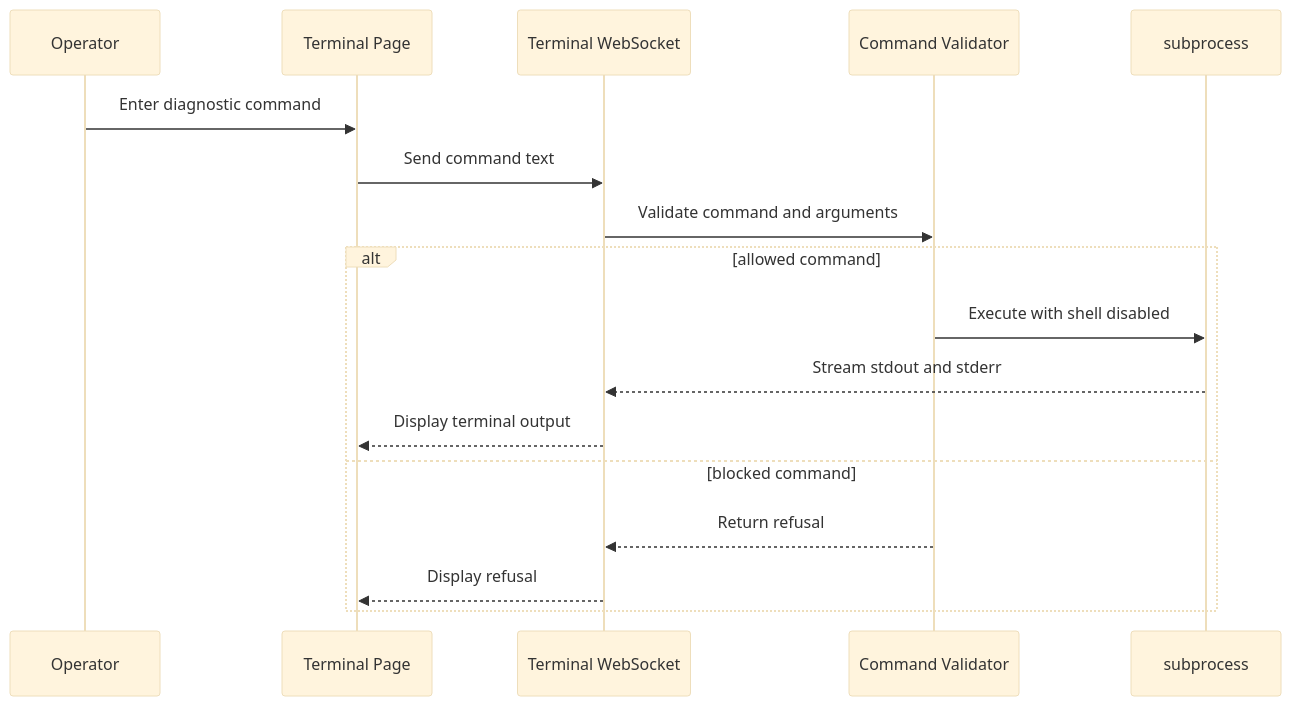
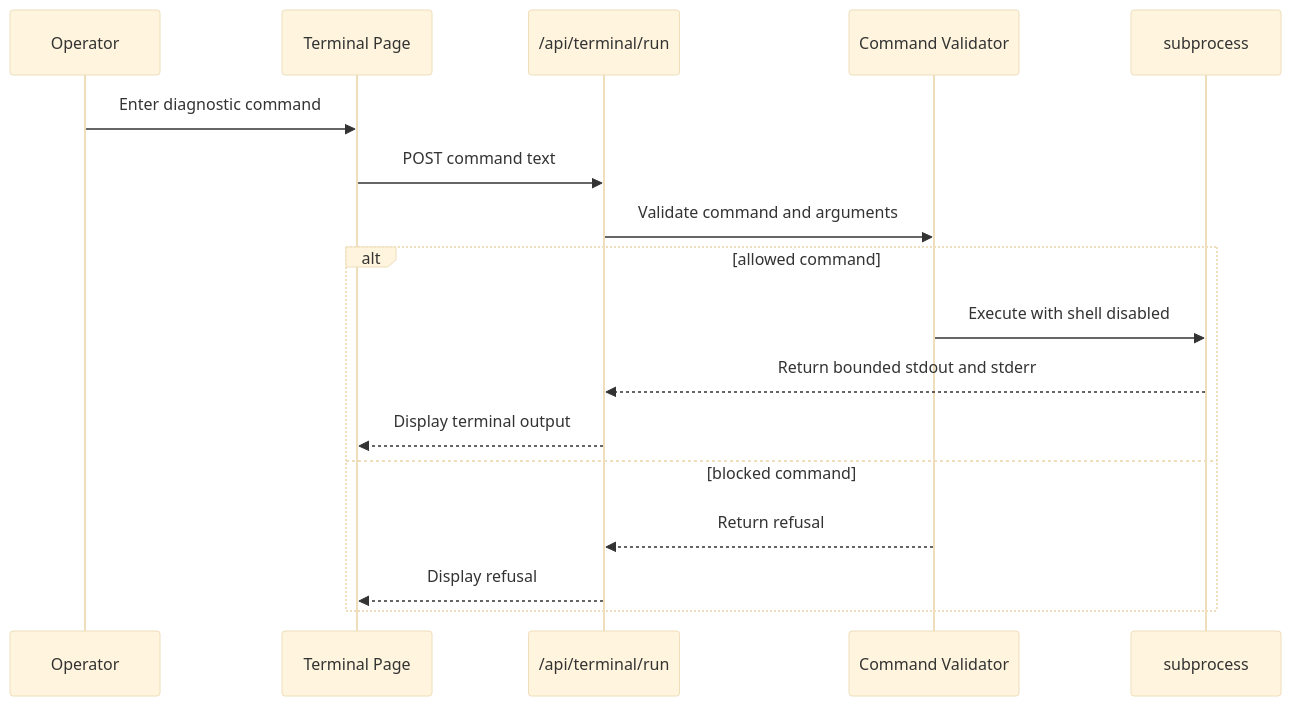
Before and after one commit to Ryner88/Sysethic: diagram 29 of 29 in docs/uml-diagrams.md, drawn with Mermaid (base theme). The commit also changed other lines of this file and 4 other files, not shown here.

````diff
--- a/docs/uml-diagrams.md
+++ b/docs/uml-diagrams.md
@@ -536,20 +609,20 @@
 ```mermaid
 sequenceDiagram
     participant User as Operator
     participant UI as Terminal Page
-    participant WS as Terminal WebSocket
+    participant API as /api/terminal/run
     participant Guard as Command Validator
     participant Proc as subprocess
 
     User->>UI: Enter diagnostic command
-    UI->>WS: Send command text
-    WS->>Guard: Validate command and arguments
+    UI->>API: POST command text
+    API->>Guard: Validate command and arguments
     alt allowed command
         Guard->>Proc: Execute with shell disabled
-        Proc-->>WS: Stream stdout and stderr
-        WS-->>UI: Display terminal output
+        Proc-->>API: Return bounded stdout and stderr
+        API-->>UI: Display terminal output
     else blocked command
-        Guard-->>WS: Return refusal
-        WS-->>UI: Display refusal
+        Guard-->>API: Return refusal
+        API-->>UI: Display refusal
     end
 ```
````
